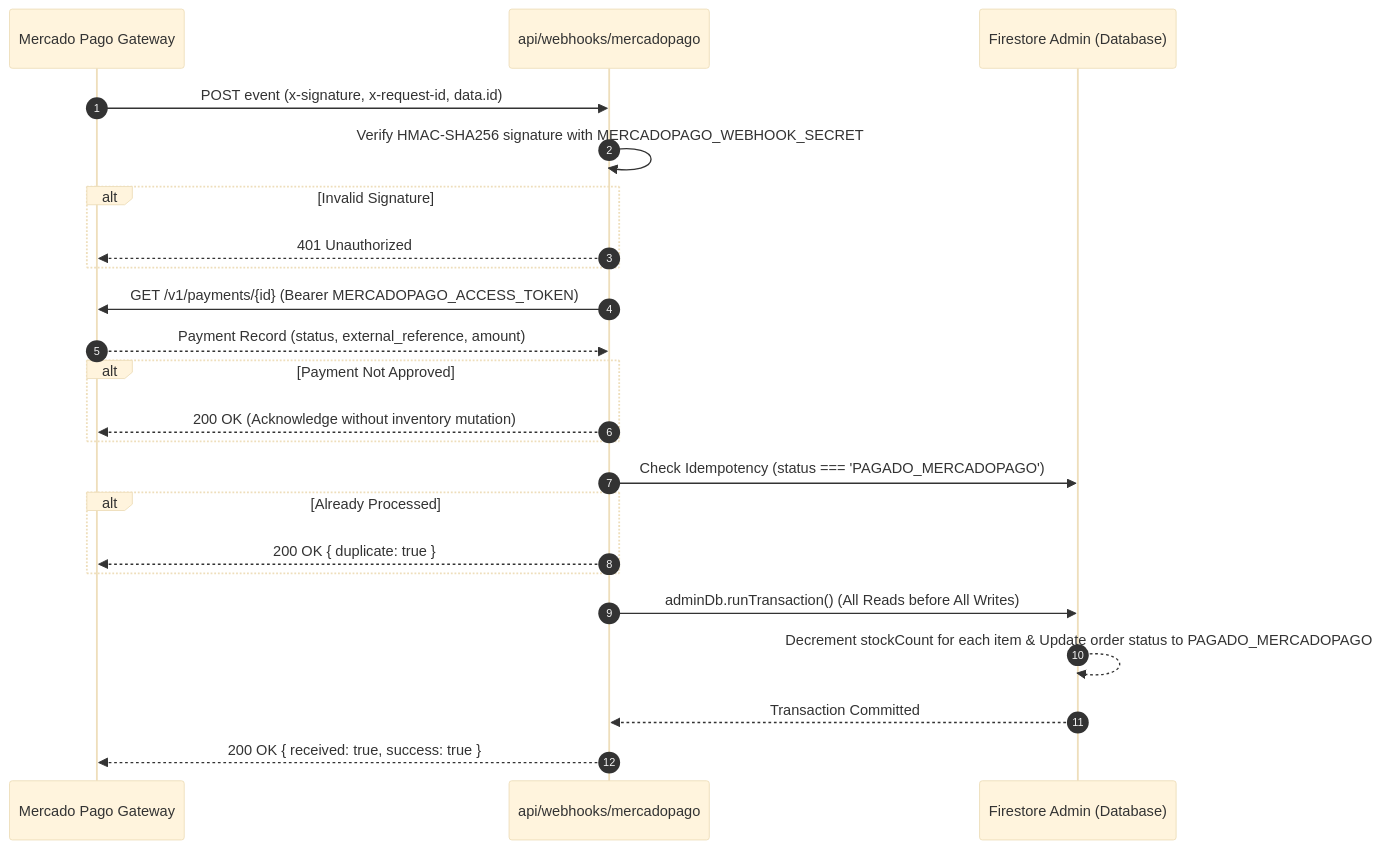
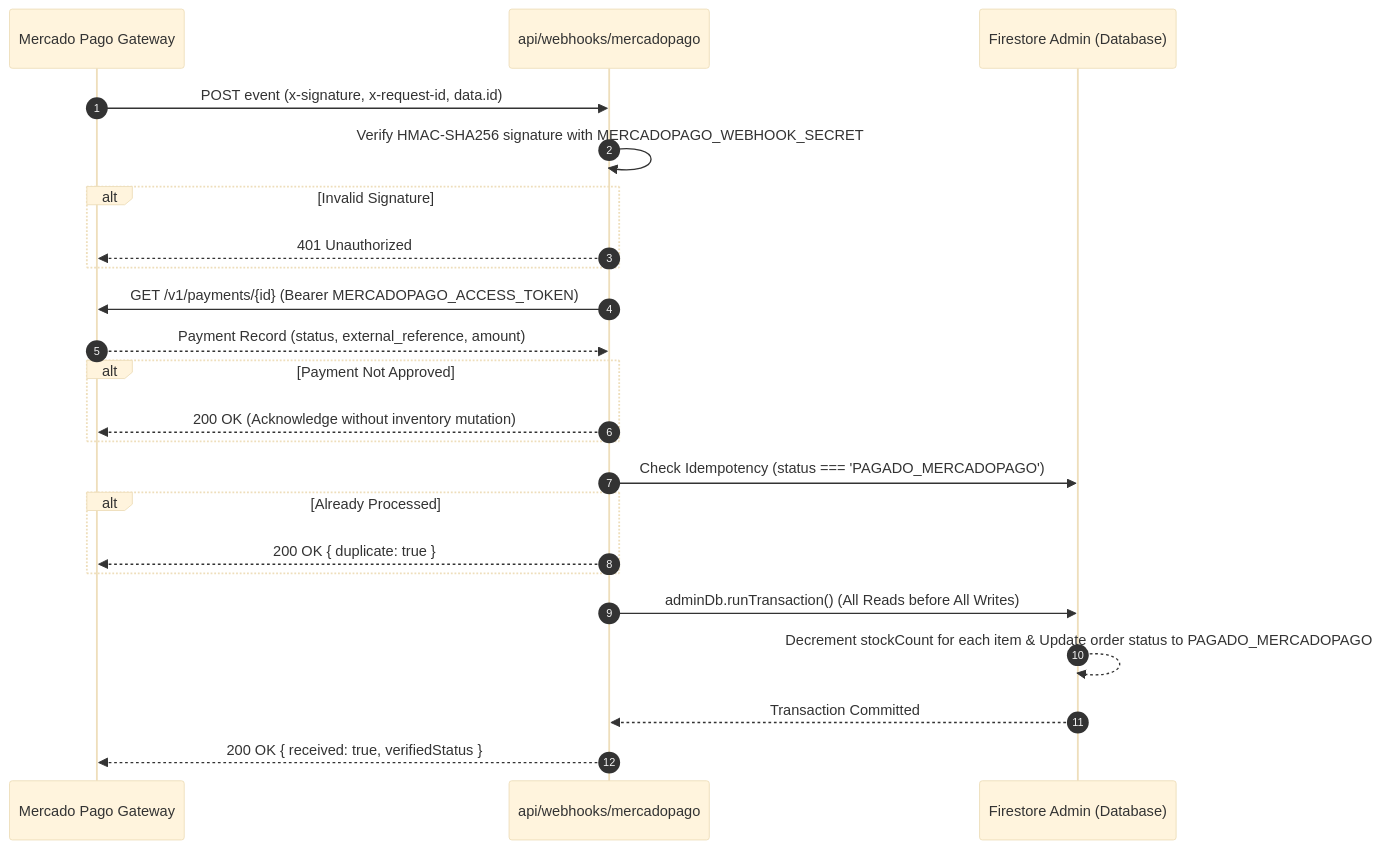
One commit to carlosjosemm/pronto-insumos changed the diagram in api/AGENTS.md. Above: the diagram before and after it, drawn with Mermaid (base theme). The commit also changed other lines of this file and 15 other files, not shown here.

First line of the commit message:
docs(agents): audit all AGENTS.md to as-built standard + roadmap sweep

````diff
--- a/api/AGENTS.md
+++ b/api/AGENTS.md
@@ -68,26 +64,26 @@
 ```mermaid
 sequenceDiagram
     autonumber
     participant MP as Mercado Pago Gateway
     participant WH as api/webhooks/mercadopago
     participant FS as Firestore Admin (Database)
 
     MP->>WH: POST event (x-signature, x-request-id, data.id)
     WH->>WH: Verify HMAC-SHA256 signature with MERCADOPAGO_WEBHOOK_SECRET
     alt Invalid Signature
         WH-->>MP: 401 Unauthorized
     end
     WH->>MP: GET /v1/payments/{id} (Bearer MERCADOPAGO_ACCESS_TOKEN)
     MP-->>WH: Payment Record (status, external_reference, amount)
     alt Payment Not Approved
         WH-->>MP: 200 OK (Acknowledge without inventory mutation)
     end
     WH->>FS: Check Idempotency (status === 'PAGADO_MERCADOPAGO')
     alt Already Processed
         WH-->>MP: 200 OK { duplicate: true }
     end
     WH->>FS: adminDb.runTransaction() (All Reads before All Writes)
     FS-->>FS: Decrement stockCount for each item & Update order status to PAGADO_MERCADOPAGO
     FS-->>WH: Transaction Committed
-    WH-->>MP: 200 OK { received: true, success: true }
+    WH-->>MP: 200 OK { received: true, verifiedStatus }
 ```
````
